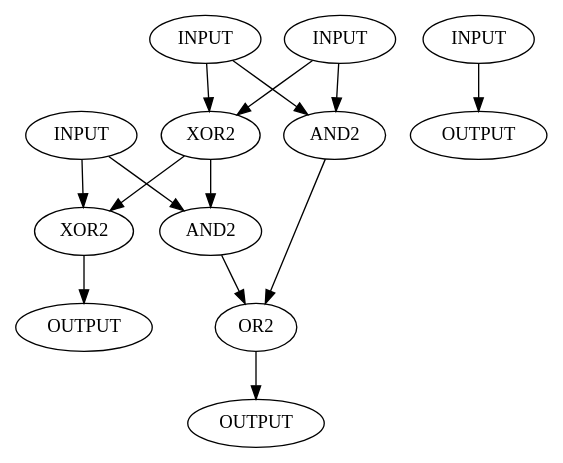
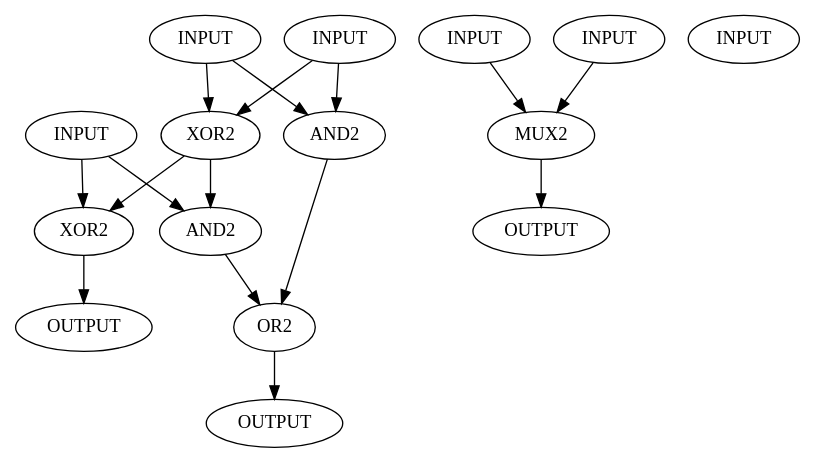
The diagram in Projet_C/Parser_gate/Test_lecture.dot (RomainLattier/Projet_C_2AMT), drawn with Graphviz before and after one commit. The commit also changed 10 other files, not shown here.

Commit message:
add mux dans paser + test marche pas simulateur

```diff
--- a/Projet_C/Parser_gate/Test_lecture.dot
+++ b/Projet_C/Parser_gate/Test_lecture.dot
@@ -1,33 +1,40 @@
 digraph test {
 
 A [label = "INPUT"];
 B [label = "INPUT"];
 C_in [label = "INPUT"];
+
 SUM [label = "OUTPUT"];
 C_out [label = "OUTPUT"];
-TEST_in [label = "INPUT"];
-Test_out [label = "OUTPUT"];
+
 
 XOR_in [label = "XOR2" ];
 XOR_out [label = "XOR2" ];
 
 AND_AB [label = "AND2" ];
 AND_C_in [label = "AND2" ];
 OR_C_out [label = "OR2" ];
 
 A -> XOR_in -> XOR_out;
 B -> XOR_in;
 C_in -> XOR_out -> SUM;
 
 XOR_in -> AND_C_in;
 C_in -> AND_C_in;
 
 A -> AND_AB;
 B -> AND_AB;
 
 AND_C_in -> OR_C_out -> C_out;
 AND_AB -> OR_C_out;
 
-TEST_in -> Test_out;
+I1 [label = "INPUT"];
+I2 [label = "INPUT"];
+I3 [label = "INPUT"];
+
+M [label = "MUX2" sel = "I3"];
+O [label = "OUTPUT"];
+I1 -> M -> O;
+I2 -> M;
 
 }
```
